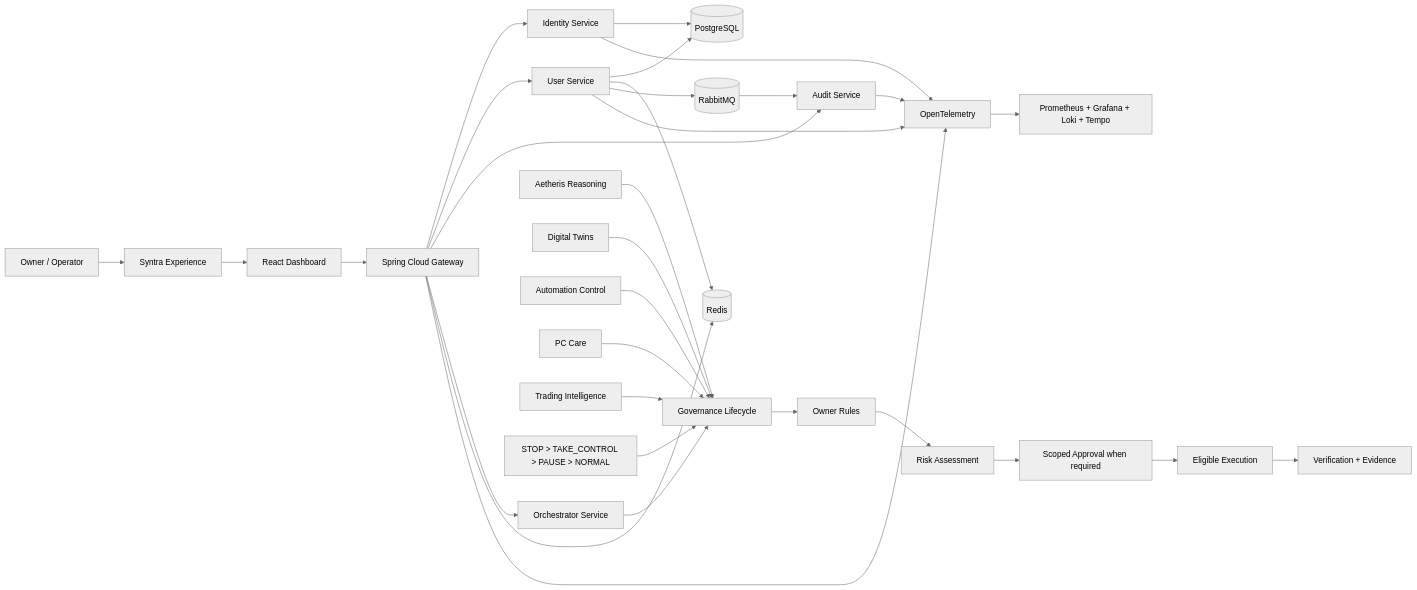
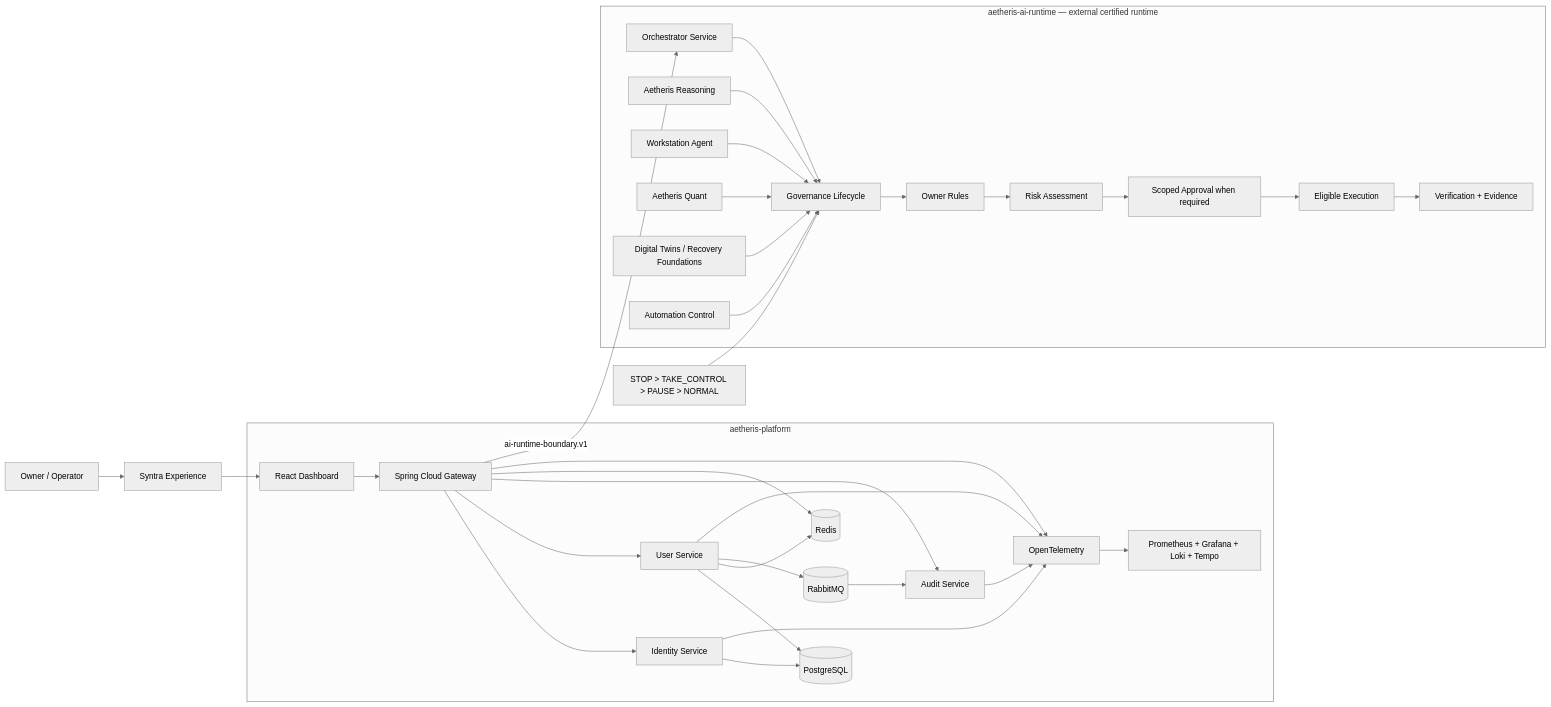
The diagram in docs/architecture.md (teldigi5-wq/aetheris-platform), drawn with Mermaid (neutral theme) before and after one commit. The commit also changed other lines of this file, not shown here.

Commit message:
docs: document two-repository runtime architecture

````diff
--- a/docs/architecture.md
+++ b/docs/architecture.md
@@ -17,39 +24,51 @@
 ```mermaid
 flowchart LR
     OWNER[Owner / Operator] --> SYN[Syntra Experience]
-    SYN --> DASH[React Dashboard]
-    DASH --> GW[Spring Cloud Gateway]
+    SYN --> DASH
 
-    GW --> ID[Identity Service]
-    GW --> USR[User Service]
-    GW --> AUD[Audit Service]
-    GW --> ORCH[Orchestrator Service]
+    subgraph PLATFORM[aetheris-platform]
+        DASH[React Dashboard] --> GW[Spring Cloud Gateway]
+        GW --> ID[Identity Service]
+        GW --> USR[User Service]
+        GW --> AUD[Audit Service]
 
-    ID --> PG[(PostgreSQL)]
-    USR --> PG
-    GW --> REDIS[(Redis)]
-    USR --> REDIS
-    USR --> MQ[(RabbitMQ)]
-    MQ --> AUD
+        ID --> PG[(PostgreSQL)]
+        USR --> PG
+        GW --> REDIS[(Redis)]
+        USR --> REDIS
+        USR --> MQ[(RabbitMQ)]
+        MQ --> AUD
 
-    ORCH --> GOV[Governance Lifecycle]
-    RSN[Aetheris Reasoning] --> GOV
-    TWIN[Digital Twins] --> GOV
-    AUTO[Automation Control] --> GOV
-    PC[PC Care] --> GOV
-    TRD[Trading Intelligence] --> GOV
+        GW --> OTEL[OpenTelemetry]
+        ID --> OTEL
+        USR --> OTEL
+        AUD --> OTEL
+        OTEL --> OBS[Prometheus + Grafana + Loki + Tempo]
+    end
 
-    GOV --> RULES[Owner Rules]
-    RULES --> RISK[Risk Assessment]
-    RISK --> APPROVAL[Scoped Approval when required]
-    APPROVAL --> EXEC[Eligible Execution]
-    EXEC --> VERIFY[Verification + Evidence]
+    subgraph RUNTIME[aetheris-ai-runtime — external certified runtime]
+        ORCH[Orchestrator Service]
+        RSN[Aetheris Reasoning]
+        WORK[Workstation Agent]
+        QUANT[Aetheris Quant]
+        GOV[Governance Lifecycle]
+        TWIN[Digital Twins / Recovery Foundations]
+        AUTO[Automation Control]
 
-    GW --> OTEL[OpenTelemetry]
-    ID --> OTEL
-    USR --> OTEL
-    AUD --> OTEL
-    OTEL --> OBS[Prometheus + Grafana + Loki + Tempo]
+        ORCH --> GOV
+        RSN --> GOV
+        WORK --> GOV
+        QUANT --> GOV
+        TWIN --> GOV
+        AUTO --> GOV
 
+        GOV --> RULES[Owner Rules]
+        RULES --> RISK[Risk Assessment]
+        RISK --> APPROVAL[Scoped Approval when required]
+        APPROVAL --> EXEC[Eligible Execution]
+        EXEC --> VERIFY[Verification + Evidence]
+    end
+
+    GW -->|ai-runtime-boundary.v1| ORCH
     EMG[STOP > TAKE_CONTROL > PAUSE > NORMAL] --> GOV
 ```
````
